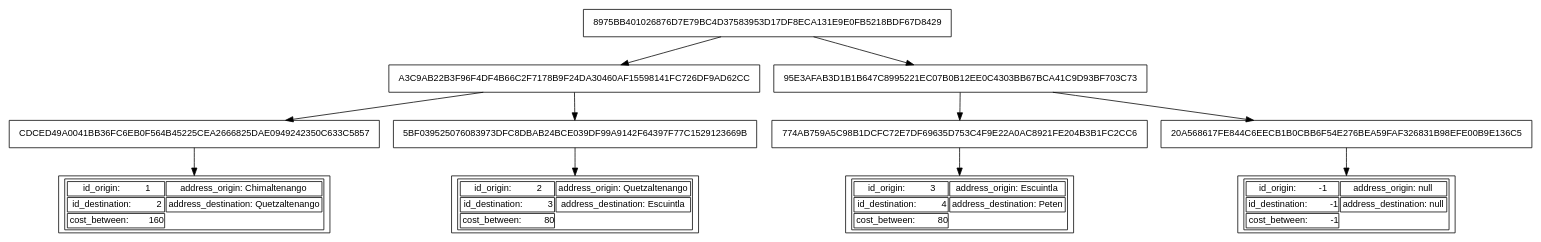
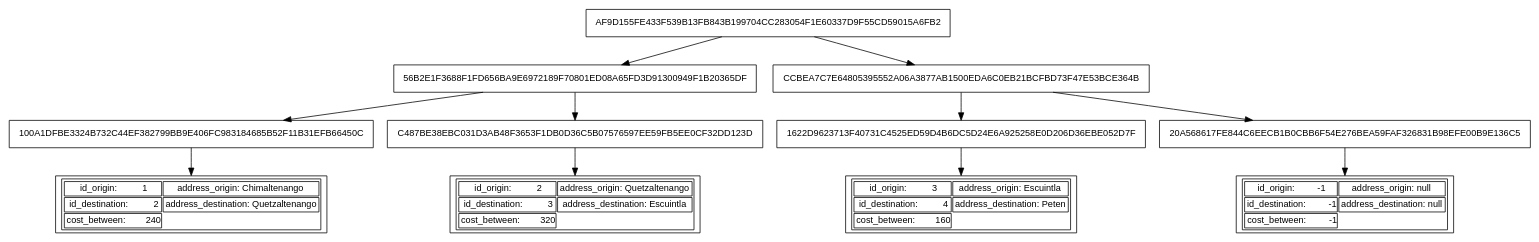
Before and after one commit to DiegoCali/EDD_PROYECTO_202201128: the diagram in Fase 3/outputs/merkle.dot, drawn with Graphviz. The commit also changed 13 other files, not shown here.

```diff
--- a/Fase 3/outputs/merkle.dot
+++ b/Fase 3/outputs/merkle.dot
@@ -1,48 +1,48 @@
 digraph Merkle_tree {
 node [shape=record, fontname=Arial, fontsize=12];
-5 [label="8975BB401026876D7E79BC4D37583953D17DF8ECA131E9E0FB5218BDF67D8429"];
+5 [label="AF9D155FE433F539B13FB843B199704CC283054F1E60337D9F55CD59015A6FB2"];
 5 -> 6;
 5 -> 9;
-6 [label="A3C9AB22B3F96F4DF4B66C2F7178B9F24DA30460AF15598141FC726DF9AD62CC"];
+6 [label="56B2E1F3688F1FD656BA9E6972189F70801ED08A65FD3D91300949F1B20365DF"];
 6 -> 7;
 6 -> 8;
-7 [label="CDCED49A0041BB36FC6EB0F564B45225CEA2666825DAE0949242350C633C5857"];
+7 [label="100A1DFBE3324B732C44EF382799BB9E406FC983184685B52F11B31EFB66450C"];
 1 [label=<<TABLE><TR>
 <TD>id_origin:          1</TD>
 <TD>address_origin: Chimaltenango</TD></TR>
 <TR><TD>id_destination:          2</TD>
 <TD>address_destination: Quetzaltenango</TD></TR>
-<TR><TD>cost_between:        160</TD></TR>
+<TR><TD>cost_between:        240</TD></TR>
 </TABLE>>];
 7 -> 1;
-8 [label="5BF039525076083973DFC8DBAB24BCE039DF99A9142F64397F77C1529123669B"];
+8 [label="C487BE38EBC031D3AB48F3653F1DB0D36C5B07576597EE59FB5EE0CF32DD123D"];
 2 [label=<<TABLE><TR>
 <TD>id_origin:          2</TD>
 <TD>address_origin: Quetzaltenango</TD></TR>
 <TR><TD>id_destination:          3</TD>
 <TD>address_destination: Escuintla</TD></TR>
-<TR><TD>cost_between:         80</TD></TR>
+<TR><TD>cost_between:        320</TD></TR>
 </TABLE>>];
 8 -> 2;
-9 [label="95E3AFAB3D1B1B647C8995221EC07B0B12EE0C4303BB67BCA41C9D93BF703C73"];
+9 [label="CCBEA7C7E64805395552A06A3877AB1500EDA6C0EB21BCFBD73F47E53BCE364B"];
 9 -> 10;
 9 -> 11;
-10 [label="774AB759A5C98B1DCFC72E7DF69635D753C4F9E22A0AC8921FE204B3B1FC2CC6"];
+10 [label="1622D9623713F40731C4525ED59D4B6DC5D24E6A925258E0D206D36EBE052D7F"];
 3 [label=<<TABLE><TR>
 <TD>id_origin:          3</TD>
 <TD>address_origin: Escuintla</TD></TR>
 <TR><TD>id_destination:          4</TD>
 <TD>address_destination: Peten</TD></TR>
-<TR><TD>cost_between:         80</TD></TR>
+<TR><TD>cost_between:        160</TD></TR>
 </TABLE>>];
 10 -> 3;
 11 [label="20A568617FE844C6EECB1B0CBB6F54E276BEA59FAF326831B98EFE00B9E136C5"];
 4 [label=<<TABLE><TR>
 <TD>id_origin:         -1</TD>
 <TD>address_origin: null</TD></TR>
 <TR><TD>id_destination:         -1</TD>
 <TD>address_destination: null</TD></TR>
 <TR><TD>cost_between:         -1</TD></TR>
 </TABLE>>];
 11 -> 4;
 }
```
